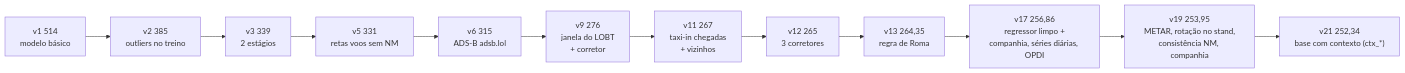
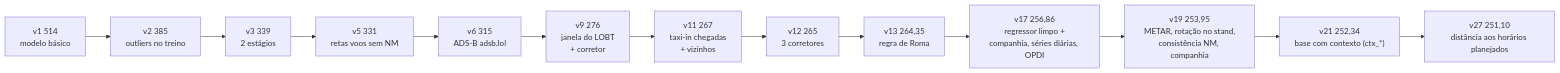
One commit to EnioAguiar/prc-taxiout-2026 changed the first of 3 diagrams in docs/mapa.md. Above: the diagram before and after it, drawn with Mermaid. The commit also changed other lines of this file and 3 other files, not shown here.

````diff
--- a/docs/mapa.md
+++ b/docs/mapa.md
@@ -44,14 +44,15 @@
 ```mermaid
 flowchart LR
     A["v1 514<br/>modelo básico"] --> B["v2 385<br/>outliers no treino"]
     B --> C["v3 339<br/>2 estágios"]
     C --> D["v5 331<br/>retas voos sem NM"]
     D --> E["v6 315<br/>ADS-B adsb.lol"]
     E --> F["v9 276<br/>janela do LOBT<br/>+ corretor"]
     F --> G["v11 267<br/>taxi-in chegadas<br/>+ vizinhos"]
     G --> H["v12 265<br/>3 corretores"]
     H --> I["v13 264,35<br/>regra de Roma"]
     I --> J2["v17 256,86<br/>regressor limpo +<br/>companhia, séries diárias, OPDI"]
     J2 --> K["v19 253,95<br/>METAR, rotação no stand,<br/>consistência NM, companhia"]
     K --> L["v21 252,34<br/>base com contexto (ctx_*)"]
+    L --> M["v27 251,10<br/>distância aos horários planejados"]
 ```
````
